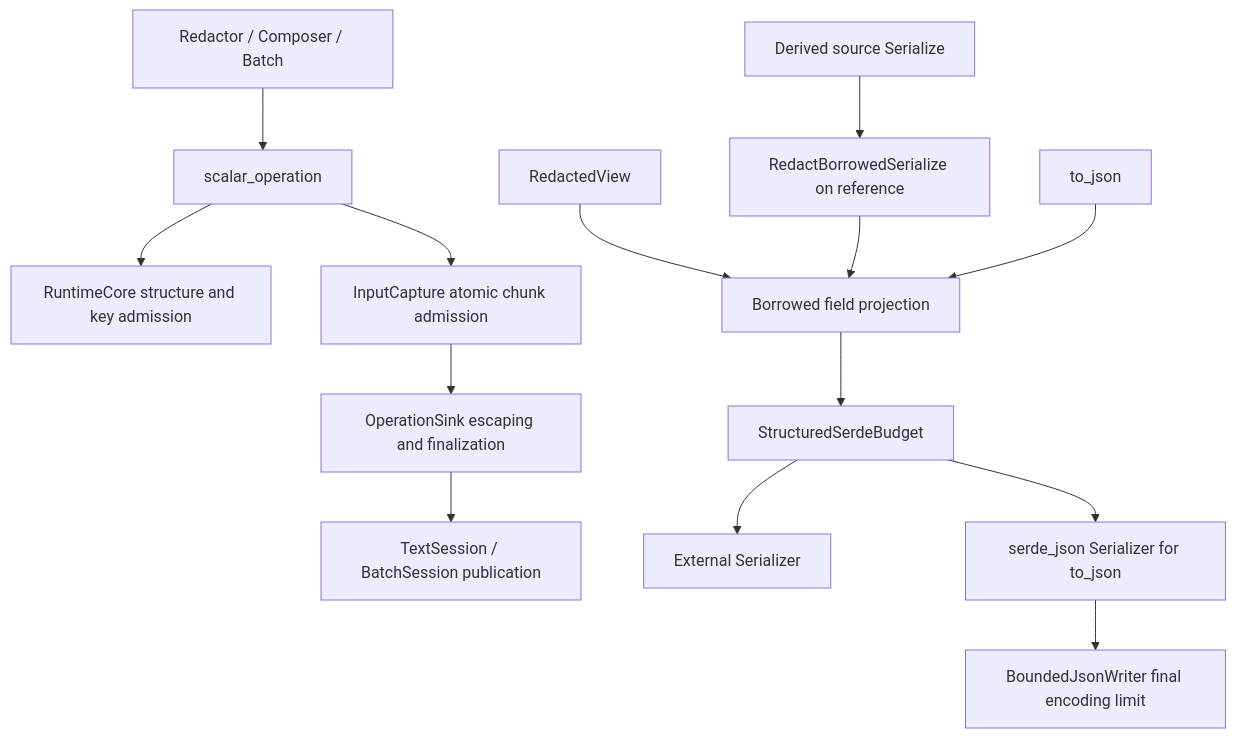
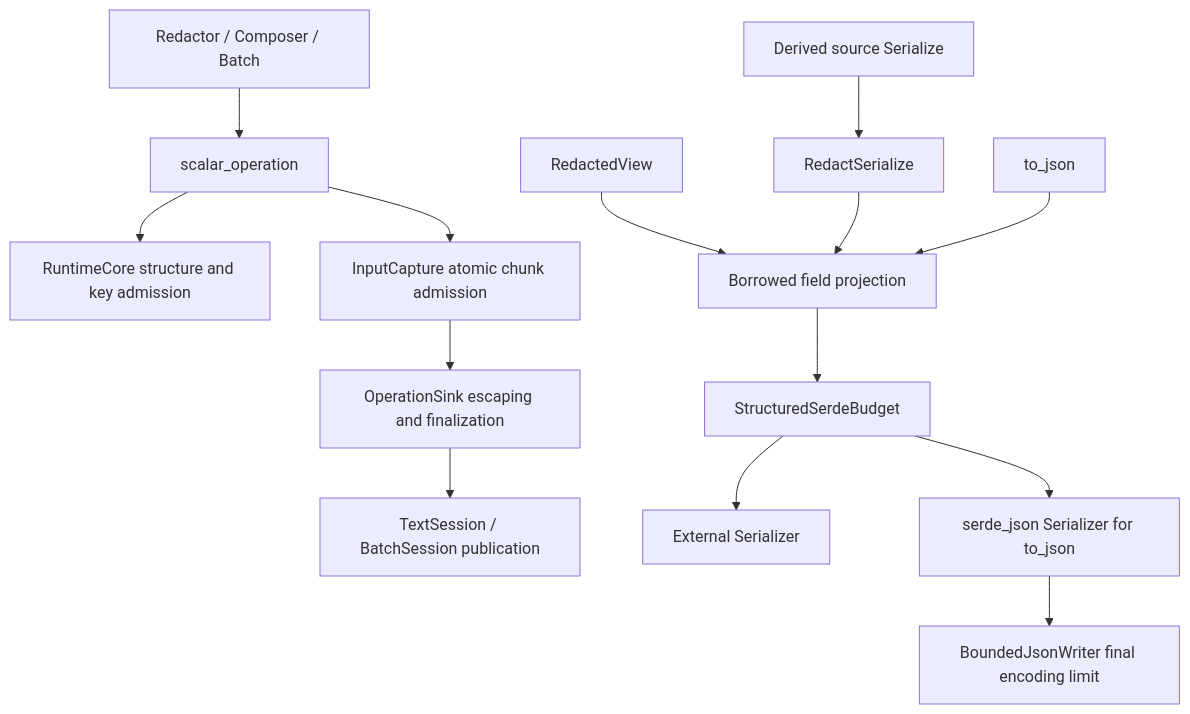
One commit to qubit-ltd/rs-redact changed the diagram in doc/design.md. Above: the diagram before and after it, drawn with Mermaid. The commit also changed other lines of this file and 13 other files, not shown here.

````diff
--- a/doc/design.md
+++ b/doc/design.md
@@ -78,16 +78,16 @@
 ```mermaid
 flowchart TD
     A[Redactor / Composer / Batch] --> S[scalar_operation]
     S --> R[RuntimeCore structure and key admission]
     S --> C[InputCapture atomic chunk admission]
     C --> O[OperationSink escaping and finalization]
     O --> T[TextSession / BatchSession publication]
     V[RedactedView] --> P[Borrowed field projection]
-    D[Derived source Serialize] --> H[RedactBorrowedSerialize on reference]
+    D[Derived source Serialize] --> H[RedactSerialize]
     H --> P
     P --> B[StructuredSerdeBudget]
     B --> X[External Serializer]
     J[to_json] --> P
     B --> Y[serde_json Serializer for to_json]
     Y --> W[BoundedJsonWriter final encoding limit]
 ```
````
